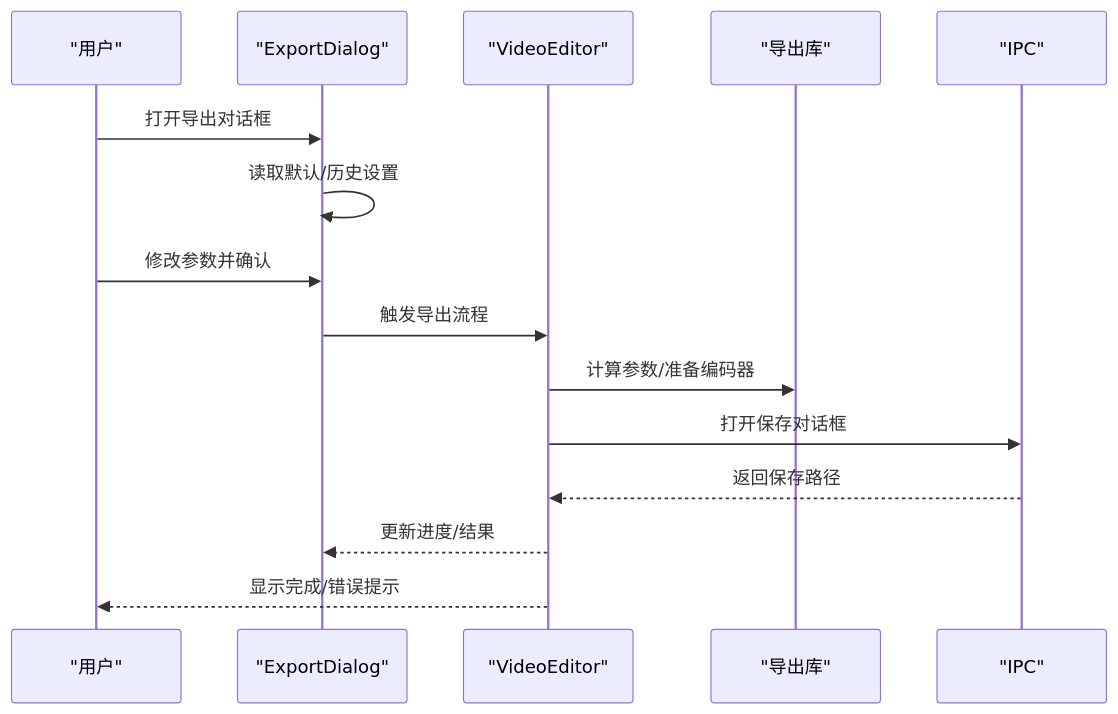
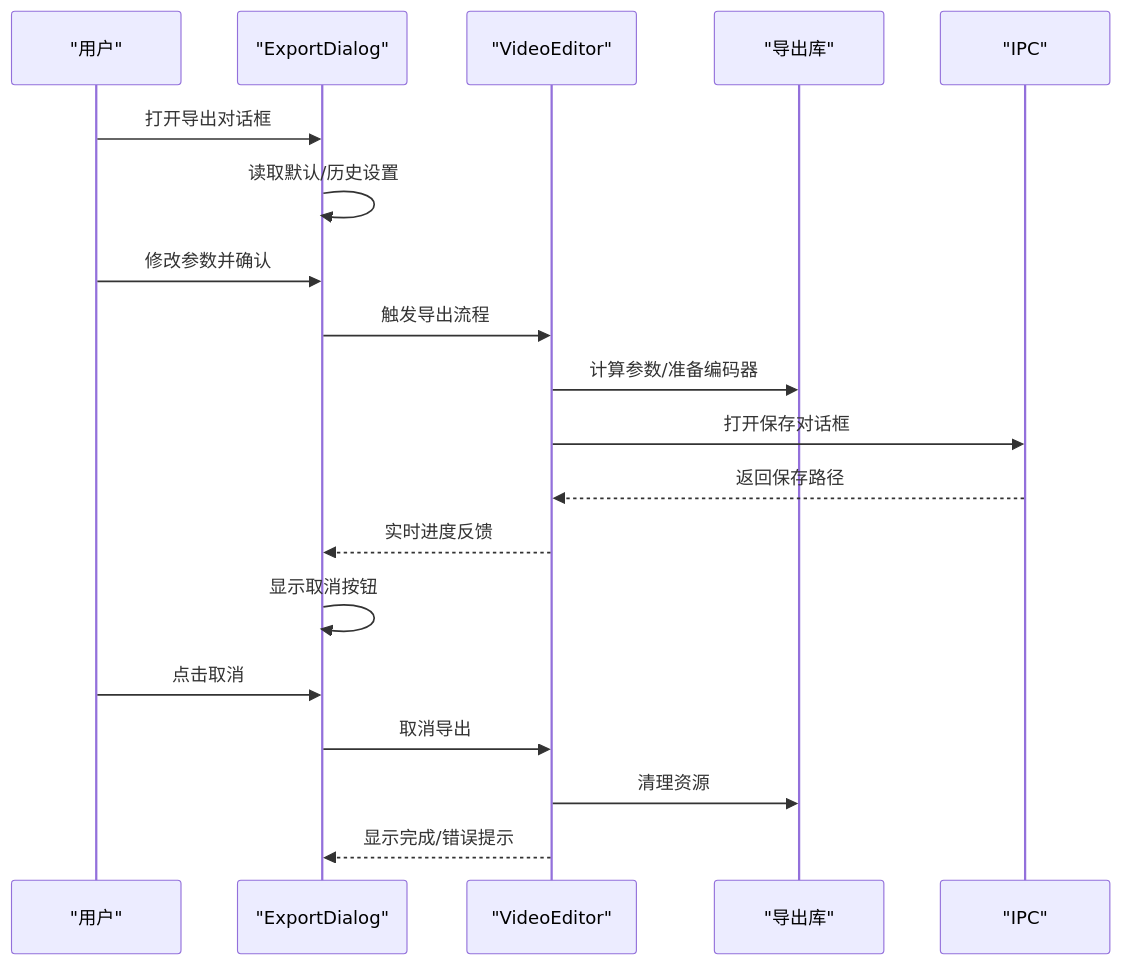
One commit to zhanggmin/openscreen changed the fifth of 7 diagrams in .qoder/repowiki/zh/content/导出系统/导出系统.md. Above: the diagram before and after it, drawn with Mermaid. The commit also changed other lines of this file and 87 other files, not shown here.

````diff
--- a/.qoder/repowiki/zh/content/导出系统/导出系统.md
+++ b/.qoder/repowiki/zh/content/导出系统/导出系统.md
@@ -232,17 +292,21 @@
 ```mermaid
 sequenceDiagram
 participant U as "用户"
 participant D as "ExportDialog"
 participant E as "VideoEditor"
 participant L as "导出库"
 participant P as "IPC"
 U->>D : 打开导出对话框
 D->>D : 读取默认/历史设置
 U->>D : 修改参数并确认
 D->>E : 触发导出流程
 E->>L : 计算参数/准备编码器
 E->>P : 打开保存对话框
 P-->>E : 返回保存路径
-E-->>D : 更新进度/结果
-E-->>U : 显示完成/错误提示
+E-->>D : 实时进度反馈
+D->>D : 显示取消按钮
+U->>D : 点击取消
+D->>E : 取消导出
+E->>L : 清理资源
+E-->>D : 显示完成/错误提示
 ```
````
